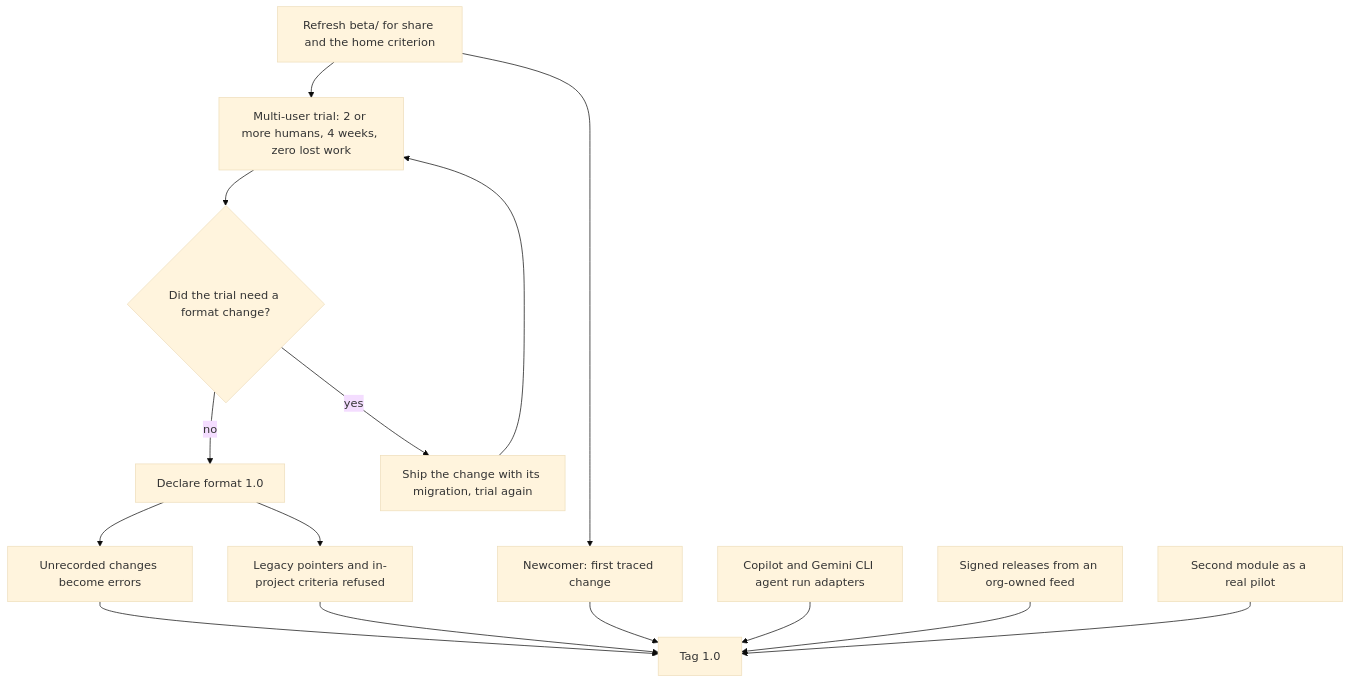
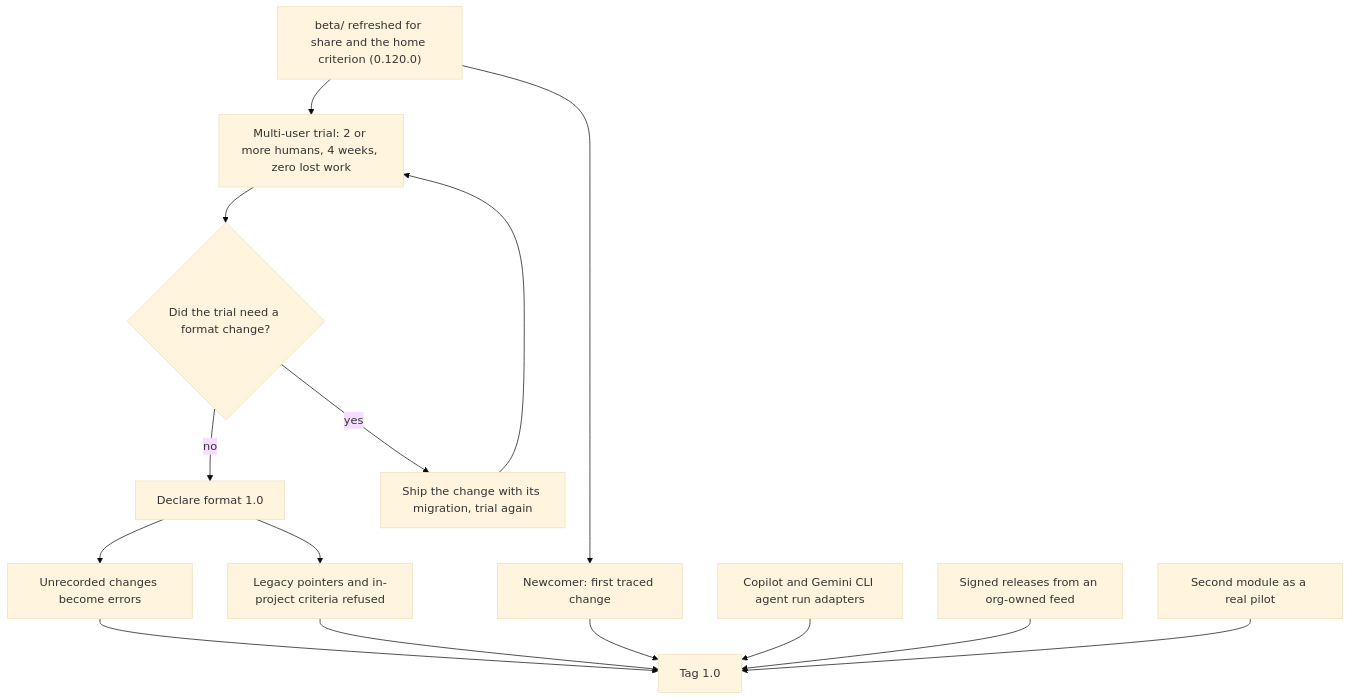
The third of 7 diagrams in docs/guide/manual/90-next-steps.md (cantica-tech/catalyst-docs), drawn with Mermaid (base theme) before and after one commit. The commit also changed other lines of this file and 9 other files, not shown here.

````diff
--- a/docs/guide/manual/90-next-steps.md
+++ b/docs/guide/manual/90-next-steps.md
@@ -111,16 +112,16 @@
 ```mermaid
 flowchart TD
-    beta["Refresh beta/ for share and the home criterion"] --> trial["Multi-user trial: 2 or more humans, 4 weeks, zero lost work"]
+    beta["beta/ refreshed for share and the home criterion (0.120.0)"] --> trial["Multi-user trial: 2 or more humans, 4 weeks, zero lost work"]
     beta --> newb["Newcomer: first traced change"]
     trial --> q{"Did the trial need a format change?"}
     q -->|"no"| fmt["Declare format 1.0"]
     q -->|"yes"| fix["Ship the change with its migration, trial again"] --> trial
     fmt --> flip1["Unrecorded changes become errors"]
     fmt --> flip2["Legacy pointers and in-project criteria refused"]
     newb --> tag
     flip1 --> tag["Tag 1.0"]
     flip2 --> tag
     adapt["Copilot and Gemini CLI agent run adapters"] --> tag
     feed["Signed releases from an org-owned feed"] --> tag
     pilot["Second module as a real pilot"] --> tag
 ```
````
